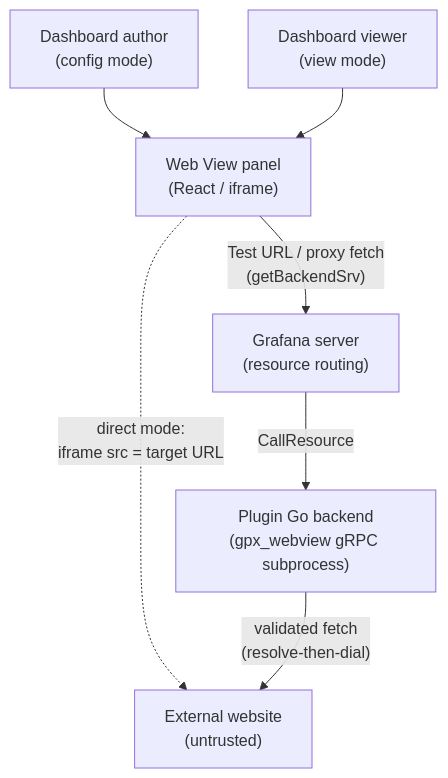
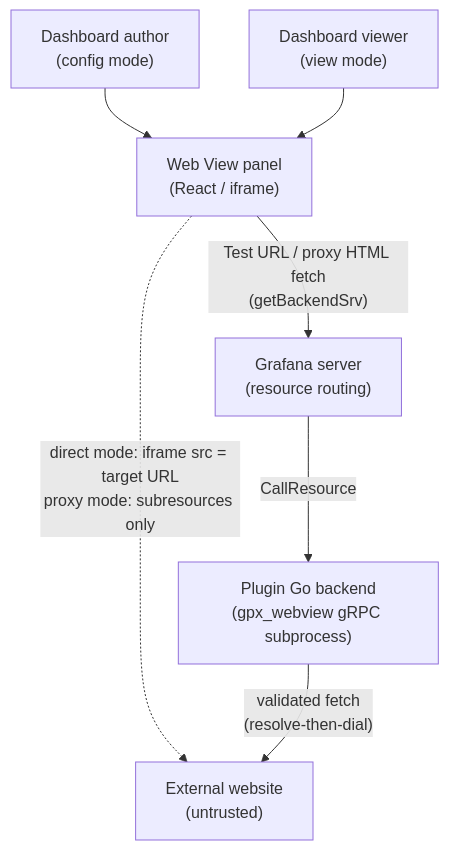
Before and after one commit to wilsonwaters/grafana-webview-app: the first of 3 diagrams in docs/architecture.md, drawn with Mermaid. The commit also changed other lines of this file and 11 other files, not shown here.

First line of the commit message:
docs: describe in-panel proxy mode, the Configuration page and the access model for v1.0.0

````diff
--- a/docs/architecture.md
+++ b/docs/architecture.md
@@ -48,16 +51,16 @@
 ```mermaid
 flowchart TD
     Author["Dashboard author<br/>(config mode)"]
     Viewer["Dashboard viewer<br/>(view mode)"]
     Panel["Web View panel<br/>(React / iframe)"]
     Grafana["Grafana server<br/>(resource routing)"]
     Backend["Plugin Go backend<br/>(gpx_webview gRPC subprocess)"]
     Upstream["External website<br/>(untrusted)"]
 
     Author --> Panel
     Viewer --> Panel
-    Panel -->|"Test URL / proxy fetch<br/>(getBackendSrv)"| Grafana
-    Panel -.->|"direct mode:<br/>iframe src = target URL"| Upstream
+    Panel -->|"Test URL / proxy HTML fetch<br/>(getBackendSrv)"| Grafana
+    Panel -.->|"direct mode: iframe src = target URL<br/>proxy mode: subresources only"| Upstream
     Grafana -->|"CallResource"| Backend
     Backend -->|"validated fetch<br/>(resolve-then-dial)"| Upstream
 ```
````
